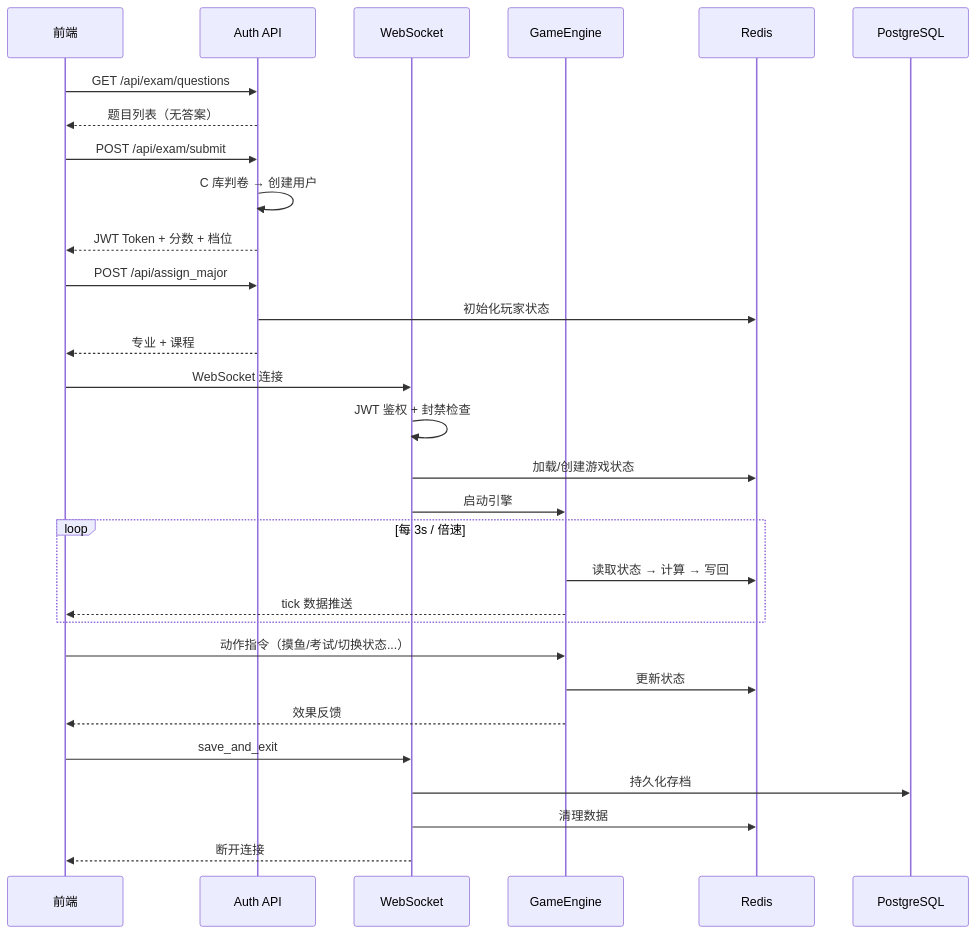
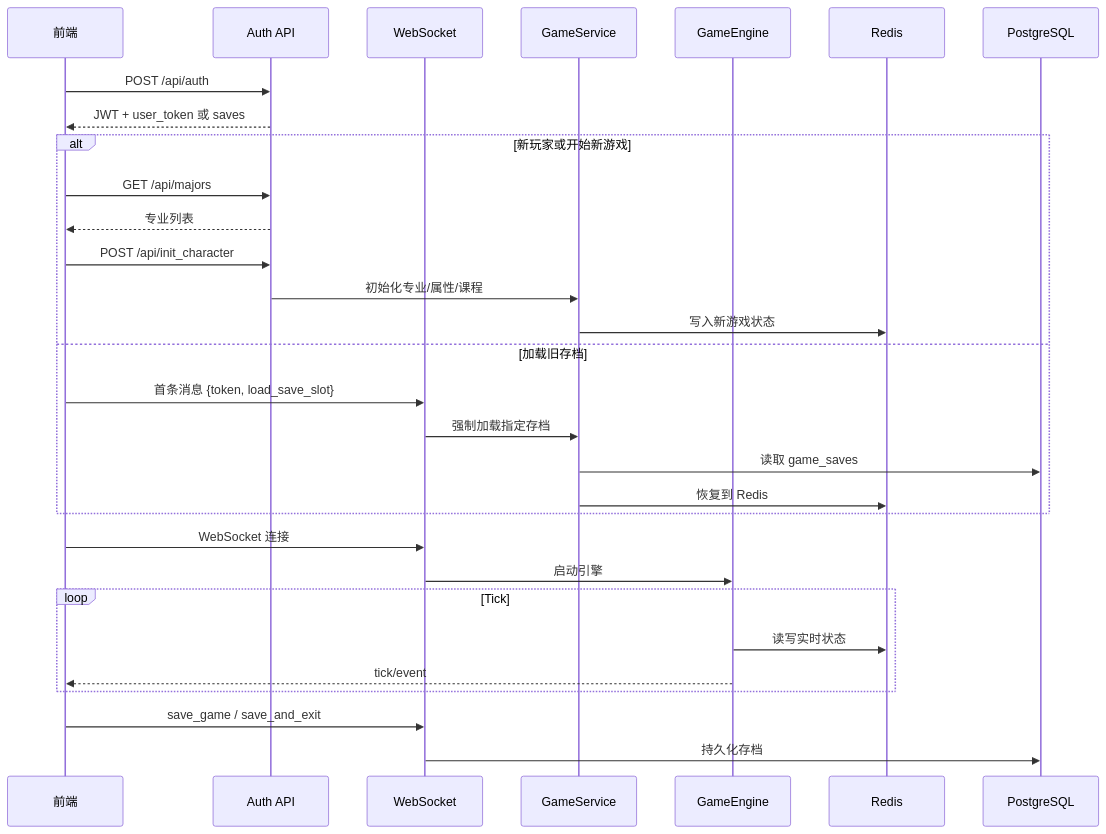
The second of 2 diagrams in docs/dev/framework/backend_framework.md (pirate-608/ZJUers_simulator), drawn with Mermaid before and after one commit. The commit also changed other lines of this file and 39 other files, not shown here.

Commit message:
Delete entrance exam and admission, add character creation, and update related code and documents.

````diff
--- a/docs/dev/framework/backend_framework.md
+++ b/docs/dev/framework/backend_framework.md
@@ -267,33 +253,33 @@
 ```mermaid
 sequenceDiagram
     participant C as 前端
     participant A as Auth API
     participant W as WebSocket
+    participant G as GameService
     participant E as GameEngine
     participant R as Redis
     participant D as PostgreSQL
 
-    C->>A: GET /api/exam/questions
-    A-->>C: 题目列表（无答案）
-    C->>A: POST /api/exam/submit
-    A->>A: C 库判卷 → 创建用户
-    A-->>C: JWT Token + 分数 + 档位
-    C->>A: POST /api/assign_major
-    A->>R: 初始化玩家状态
-    A-->>C: 专业 + 课程
+    C->>A: POST /api/auth
+    A-->>C: JWT + user_token 或 saves
+    alt 新玩家或开始新游戏
+        C->>A: GET /api/majors
+        A-->>C: 专业列表
+        C->>A: POST /api/init_character
+        A->>G: 初始化专业/属性/课程
+        G->>R: 写入新游戏状态
+    else 加载旧存档
+        C->>W: 首条消息 {token, load_save_slot}
+        W->>G: 强制加载指定存档
+        G->>D: 读取 game_saves
+        G->>R: 恢复到 Redis
+    end
     C->>W: WebSocket 连接
-    W->>W: JWT 鉴权 + 封禁检查
-    W->>R: 加载/创建游戏状态
     W->>E: 启动引擎
-    loop 每 3s / 倍速
-        E->>R: 读取状态 → 计算 → 写回
-        E-->>C: tick 数据推送
+    loop Tick
+        E->>R: 读写实时状态
+        E-->>C: tick/event
     end
-    C->>E: 动作指令（摸鱼/考试/切换状态...）
-    E->>R: 更新状态
-    E-->>C: 效果反馈
-    C->>W: save_and_exit
+    C->>W: save_game / save_and_exit
     W->>D: 持久化存档
-    W->>R: 清理数据
-    W-->>C: 断开连接
 ```
````
